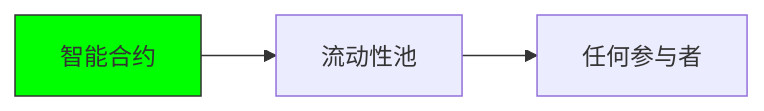
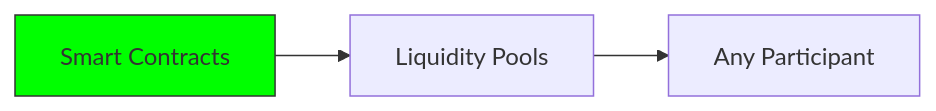
Before and after one commit to liweinan/deepseek-answers: the second of 6 diagrams in files/rmb.md, drawn with Mermaid. The commit also changed other lines of this file and 13 other files, not shown here.

````diff
--- a/files/rmb.md
+++ b/files/rmb.md
@@ -38,6 +38,6 @@
   ```mermaid
   graph LR
-    D[智能合约] --> E[流动性池]
-    E --> F[任何参与者]
+    D[Smart Contracts] --> E[Liquidity Pools]
+    E --> F[Any Participant]
     style D fill:#0f0,stroke:#333
   ```
````
